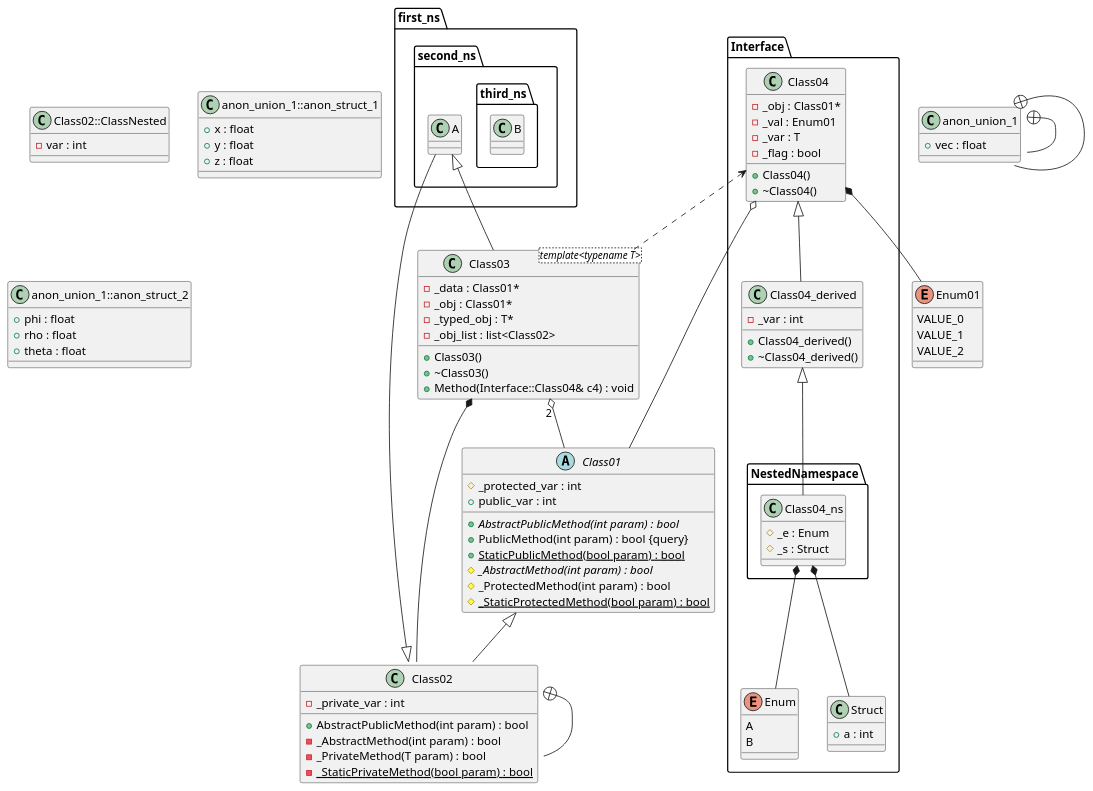
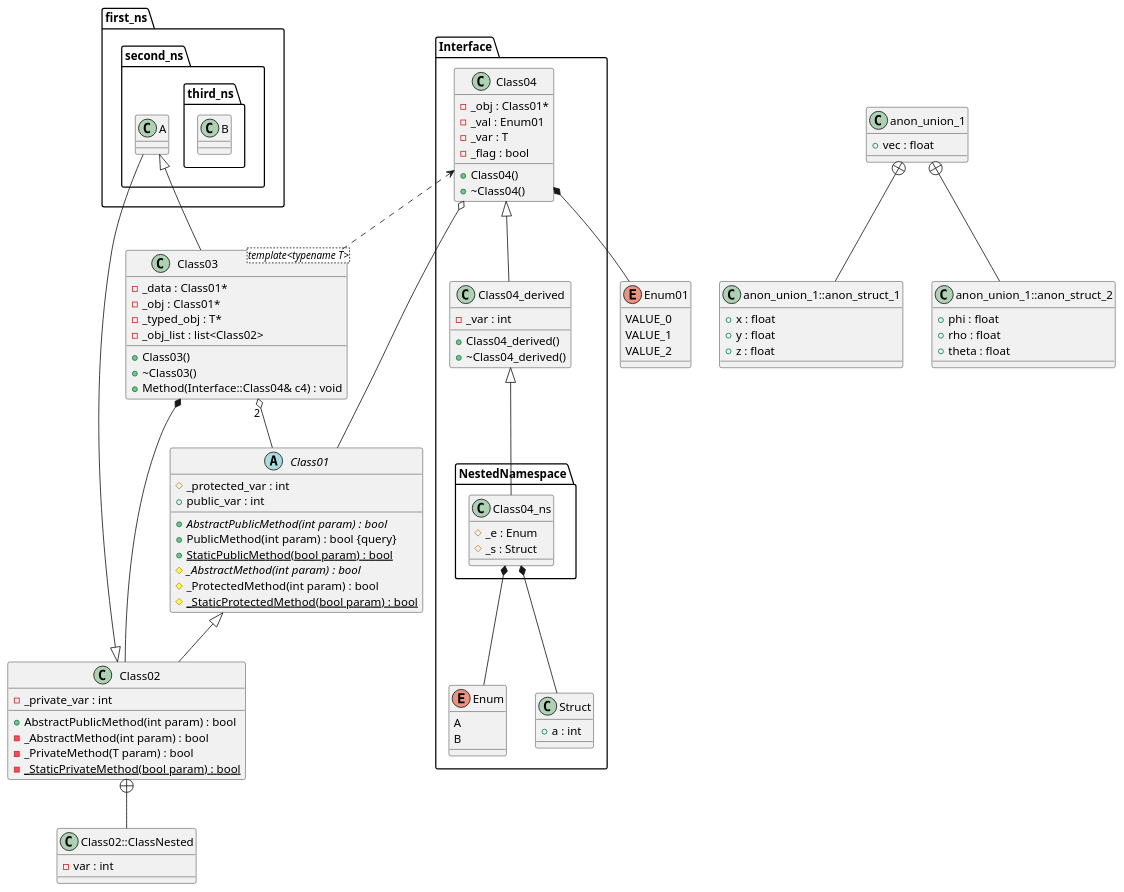
The second of 4 diagrams in hpp2plantuml.org (thibaultmarin/hpp2plantuml), drawn with PlantUML before and after one commit. The commit also changed other lines of this file and 9 other files, not shown here.

```diff
--- a/hpp2plantuml.org
+++ b/hpp2plantuml.org
@@ -2706,13 +2697,13 @@
 
 /' Inheritance relationships '/
 
-first_ns.second_ns.A <|-- .Class03
+first_ns.second_ns.A <|-- Class03
 
 
-.Class01 <|-- .Class02
+Class01 <|-- Class02
 
 
-.Class02 <|-- first_ns.second_ns.A
+Class02 <|-- first_ns.second_ns.A
 
 
 Interface.Class04 <|-- Interface.Class04_derived
@@ -2726,16 +2717,16 @@
 
 /' Aggregation relationships '/
 
-.Class03 "2" o-- .Class01
+Class03 "2" o-- Class01
 
 
-.Class03 *-- .Class02
+Class03 *-- Class02
 
 
-Interface.Class04 o-- .Class01
+Interface.Class04 o-- Class01
 
 
-Interface.Class04 *-- .Enum01
+Interface.Class04 *-- Enum01
 
 
 Interface.NestedNamespace.Class04_ns *-- Interface.Enum
@@ -2750,7 +2741,7 @@
 
 /' Dependency relationships '/
 
-Interface.Class04 <.. .Class03
+Interface.Class04 <.. Class03
 
 
 
@@ -2759,13 +2750,13 @@
 
 /' Nested objects '/
 
-.Class02 +-- .Class02::ClassNested
+Class02 +-- Class02::ClassNested
 
 
-.anon_union_1 +-- .anon_union_1::anon_struct_1
+anon_union_1 +-- anon_union_1::anon_struct_1
 
 
-.anon_union_1 +-- .anon_union_1::anon_struct_2
+anon_union_1 +-- anon_union_1::anon_struct_2
 
 
 
```
